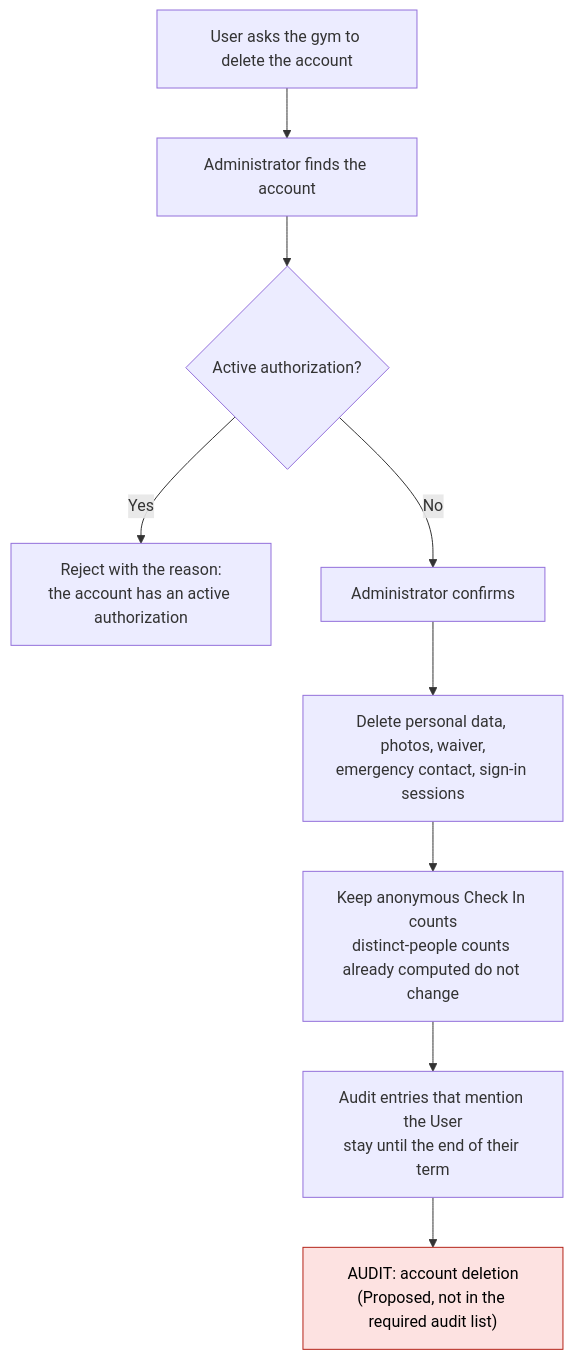
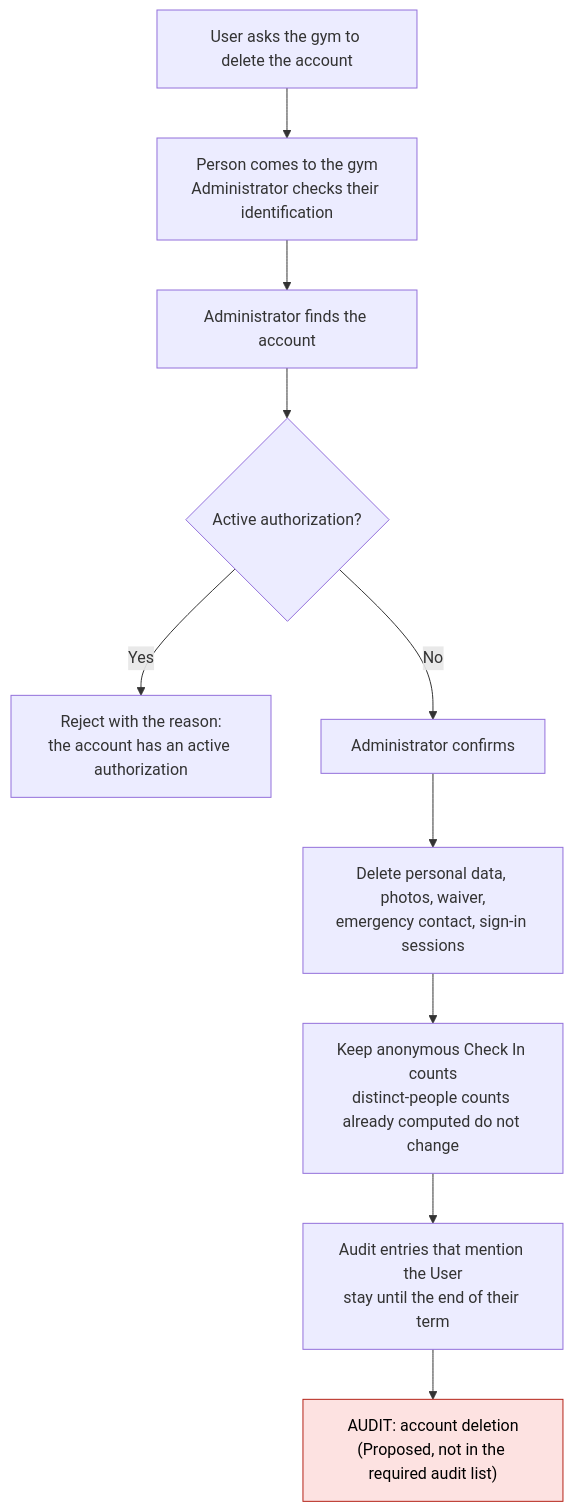
One commit to Th3-Minorities/natatorio-gym-app changed diagram 14 of 17 in docs/design/admin-flows.md. Above: the diagram before and after it, drawn with Mermaid. The commit also changed other lines of this file, not shown here.

Commit message:
Apply the design review decisions to the administration flows

````diff
--- a/docs/design/admin-flows.md
+++ b/docs/design/admin-flows.md
@@ -385,14 +418,15 @@
 ```mermaid
 flowchart TD
-  X0["User asks the gym to delete the account"] --> X1["Administrator finds the account"]
+  X0["User asks the gym to delete the account"] --> X0b["Person comes to the gym<br/>Administrator checks their identification"]
+  X0b --> X1["Administrator finds the account"]
   X1 --> X2{"Active authorization?"}
   X2 -->|"Yes"| X3["Reject with the reason:<br/>the account has an active authorization"]
   X2 -->|"No"| X4["Administrator confirms"]
   X4 --> X5["Delete personal data, photos, waiver,<br/>emergency contact, sign-in sessions"]
   X5 --> X6["Keep anonymous Check In counts<br/>distinct-people counts already computed do not change"]
   X6 --> X7["Audit entries that mention the User<br/>stay until the end of their term"]
   X7 --> X8["AUDIT: account deletion<br/>(Proposed, not in the required audit list)"]
 
   classDef audit fill:#fde2e1,stroke:#b42318,color:#000
   class X8 audit
 ```
````
